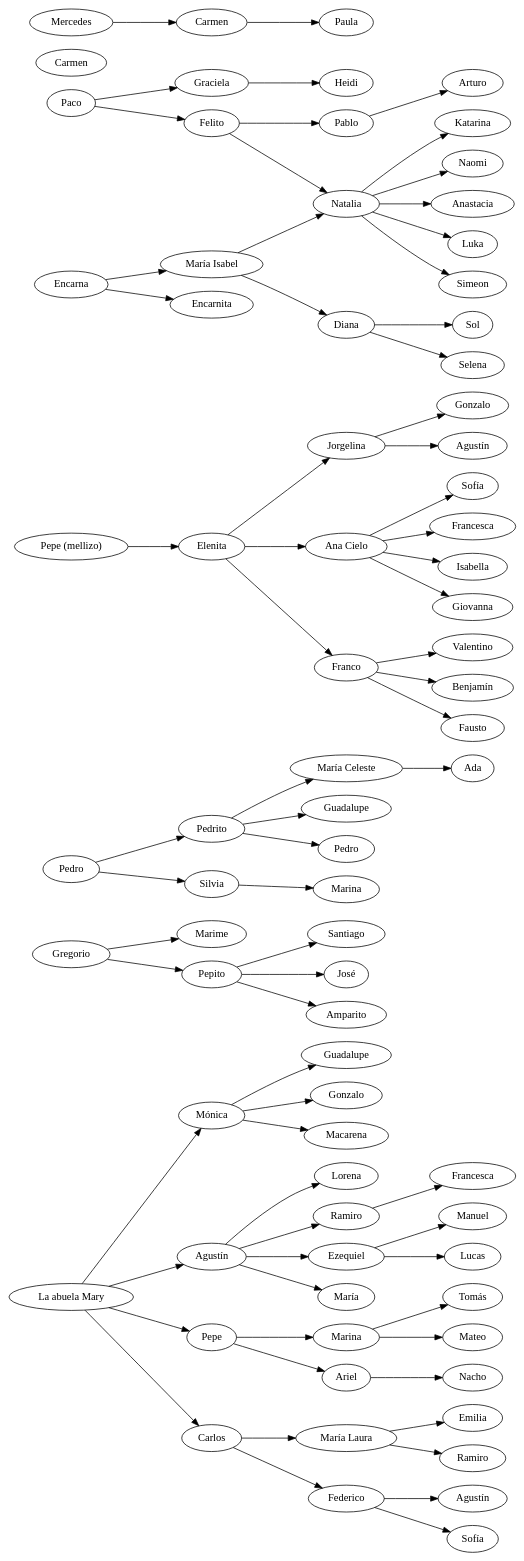
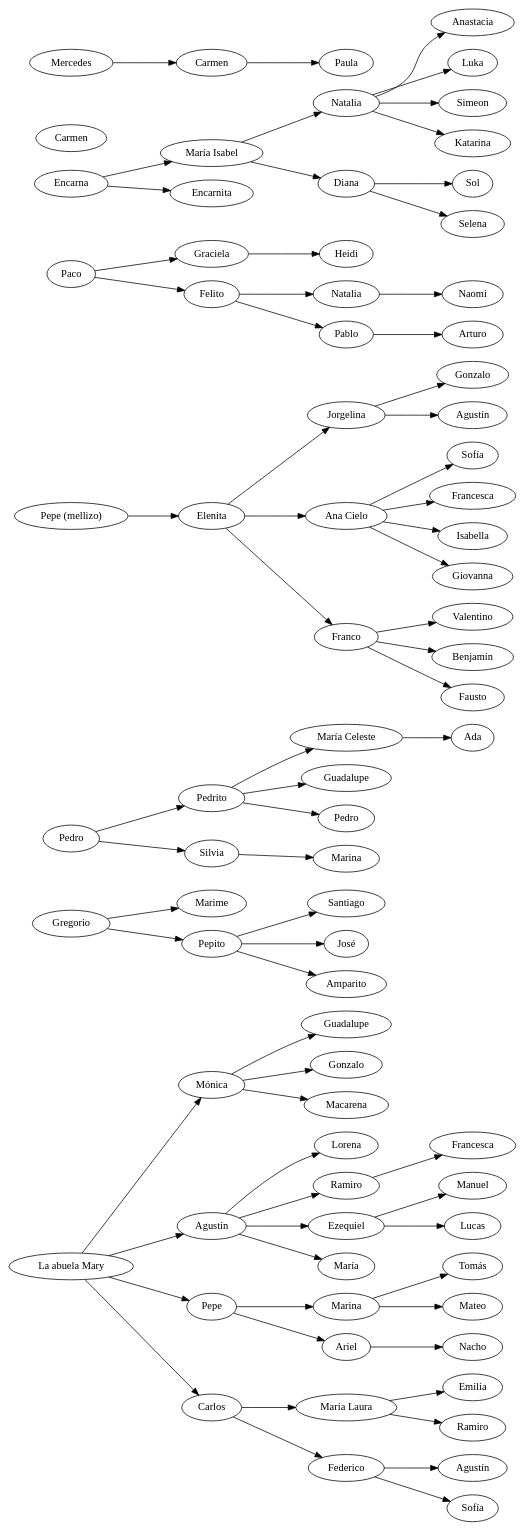
Before and after one commit to ramiror/gomitada: the diagram in gomitada.dot, drawn with Graphviz. The commit also changed 1 other file, not shown here.

```diff
--- a/gomitada.dot
+++ b/gomitada.dot
@@ -1,96 +1,97 @@
 digraph {
     rankdir=LR
     mari [label="La abuela Mary"]
     Gregorio
     Pedro
     pm [label="Pepe (mellizo)"]
     Paco
     Encarna
     Carmen
     Mercedes
     Gregorio -> Marime
     Gregorio -> Pepito
     Pedro -> Pedrito
     Pedro -> Silvia
     pm -> Elenita
     Paco -> Graciela -> Heidi
     Paco -> Felito
     Isabel [label="María Isabel"]
     Encarna -> Isabel
     Encarna -> Encarnita
     Carmen_Mercedes [label="Carmen"]
     Mercedes -> Carmen_Mercedes -> Paula
-    Isabel -> Natalia
+    natalia_isabel [label="Natalia"]
+    Isabel -> natalia_isabel
     Isabel -> Diana
-    Natalia -> Anastacia
-    Natalia -> Luka
-    Natalia -> Simeon
+    natalia_isabel -> Anastacia
+    natalia_isabel -> Luka
+    natalia_isabel -> Simeon
     kiki [label="Katarina"]
-    Natalia -> kiki
+    natalia_isabel -> kiki
     Diana -> Sol
     Diana -> Selena
     moni [label="Mónica"]
     agus [label="Agustín"]
     mari -> agus
     mari -> Pepe
     mari -> Carlos
     mari -> moni
     agus -> Lorena
     agus -> Ramiro -> Francesca
     agus -> Ezequiel
     Maria_Agus [label="María"]
     agus -> Maria_Agus
     moni -> Guadalupe
     moni -> Gonzalo
     moni -> Macarena
     piqui [label="María Laura"]
     Carlos -> piqui
     Carlos -> Federico
     Pepe -> Marina
     Pepe -> Ariel -> Nacho
     Ezequiel -> Manuel
     Ezequiel -> Lucas
     Felito -> Natalia -> Naomi
     Felito -> Pablo -> Arturo
     piqui -> Emilia
     Ramiro_Piqui [label="Ramiro"]
     piqui -> Ramiro_Piqui
     Agus_Fede [label="Agustín"]
     Federico -> Agus_Fede
     sofi [label="Sofía"]
     Federico -> sofi
     Tomas [label="Tomás"]
     Marina -> Tomas
     Marina -> Mateo
     Pepito -> Santiago
     Jose [label="José"]
     Pepito -> Jose
     Pepito -> Amparito
     Elenita -> Jorgelina
     AnaCielo [label="Ana Cielo"]
     Elenita -> AnaCielo
     Elenita -> Franco
     Gonzalo_Jorgelina [label="Gonzalo"]
     Agus_Jorgelina [label="Agustín"]
     Jorgelina -> Agus_Jorgelina
     Jorgelina -> Gonzalo_Jorgelina
     Sofia_AnaCielo [label="Sofía"]
     Francesca_AnaCielo [label="Francesca"]
     AnaCielo -> Sofia_AnaCielo
     AnaCielo -> Francesca_AnaCielo
     AnaCielo -> Isabella
     AnaCielo -> Giovanna
     Franco -> Valentino
     Benja [label="Benjamín"]
     Franco -> Benja
     Franco -> Fausto
     macel [label="María Celeste"]
     guada_pedrito [label="Guadalupe"]
     pedro_pedrito [label="Pedro"]
     Pedrito -> macel
     Pedrito -> guada_pedrito
     Pedrito -> pedro_pedrito
     marina_silvia [label="Marina"]
     Silvia -> marina_silvia
     macel -> Ada
 }
```
